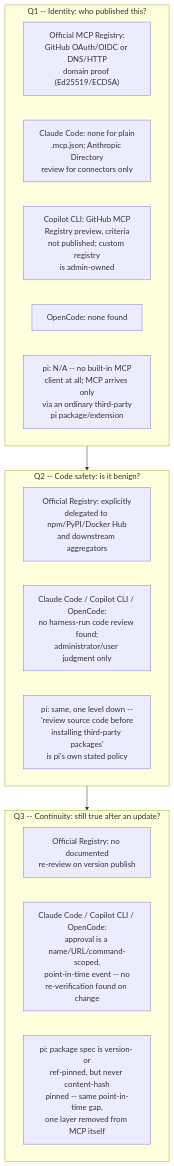
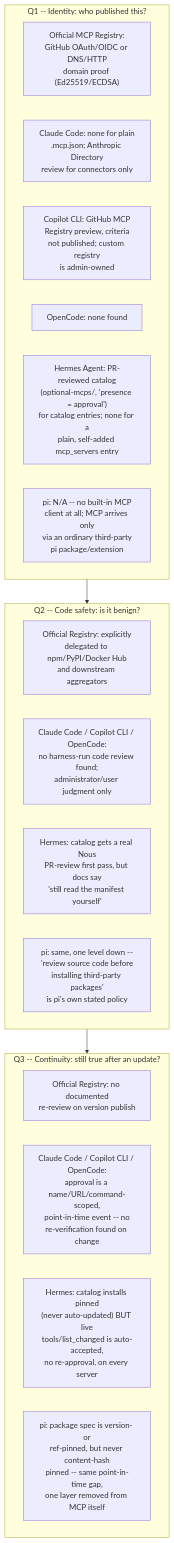
One commit to sfernandezplain/AIrchon changed the sixth of 6 diagrams in references/harnesses/mcp-supply-chain-trust.md. Above: the diagram before and after it, drawn with Mermaid. The commit also changed other lines of this file and 22 other files, not shown here.

````diff
--- a/references/harnesses/mcp-supply-chain-trust.md
+++ b/references/harnesses/mcp-supply-chain-trust.md
@@ -720,21 +919,24 @@
 ```mermaid
 flowchart TD
     subgraph Q1["Q1 -- Identity: who published this?"]
         Reg["Official MCP Registry:\nGitHub OAuth/OIDC or DNS/HTTP\ndomain proof (Ed25519/ECDSA)"]
         CCid["Claude Code: none for plain\n.mcp.json; Anthropic Directory\nreview for connectors only"]
         GHid["Copilot CLI: GitHub MCP\nRegistry preview, criteria\nnot published; custom registry\nis admin-owned"]
         OCid["OpenCode: none found"]
+        Hid["Hermes Agent: PR-reviewed catalog\n(optional-mcps/, 'presence = approval')\nfor catalog entries; none for a\nplain, self-added mcp_servers entry"]
         Piid["pi: N/A -- no built-in MCP\nclient at all; MCP arrives only\nvia an ordinary third-party\npi package/extension"]
     end
     subgraph Q2["Q2 -- Code safety: is it benign?"]
         RegQ2["Official Registry: explicitly\ndelegated to npm/PyPI/Docker Hub\nand downstream aggregators"]
         AllQ2["Claude Code / Copilot CLI / OpenCode:\nno harness-run code review found;\nadministrator/user judgment only"]
+        HQ2["Hermes: catalog gets a real Nous\nPR-review first pass, but docs say\n'still read the manifest yourself'"]
         PiQ2["pi: same, one level down --\n'review source code before\ninstalling third-party packages'\nis pi's own stated policy"]
     end
     subgraph Q3["Q3 -- Continuity: still true after an update?"]
         RegQ3["Official Registry: no documented\nre-review on version publish"]
         AllQ3["Claude Code / Copilot CLI / OpenCode:\napproval is a name/URL/command-scoped,\npoint-in-time event -- no\nre-verification found on change"]
+        HQ3["Hermes: catalog installs pinned\n(never auto-updated) BUT live\ntools/list_changed is auto-accepted,\nno re-approval, on every server"]
         PiQ3["pi: package spec is version- or\nref-pinned, but never content-hash\npinned -- same point-in-time gap,\none layer removed from MCP itself"]
     end
     Q1 --> Q2 --> Q3
 ```
````
